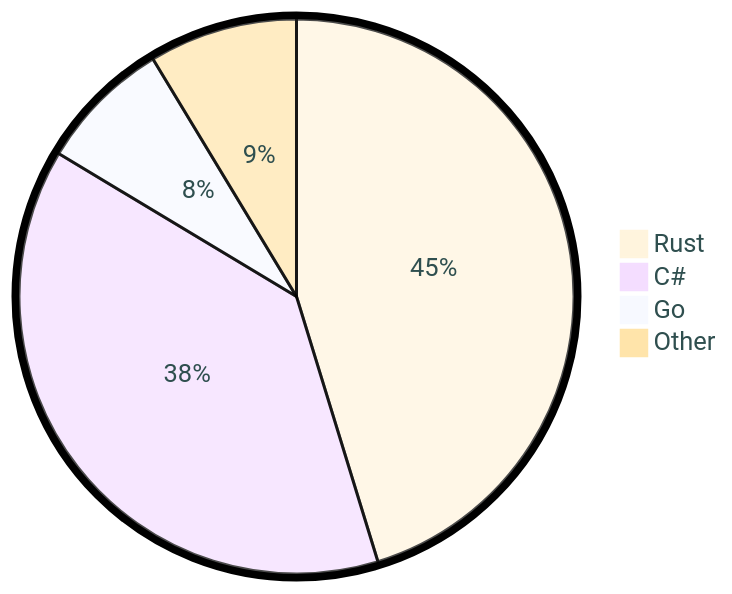
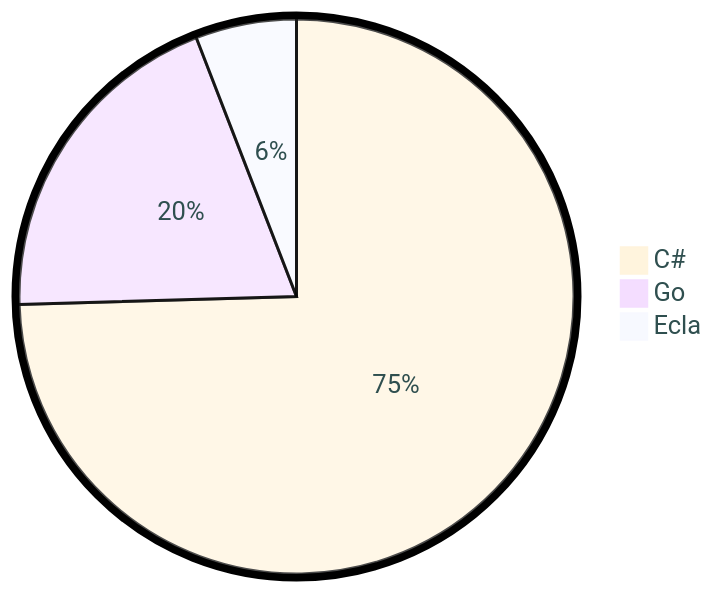
One commit to tot0p/tot0p changed the diagram in README.md. Above: the diagram before and after it, drawn with Mermaid. The commit also changed other lines of this file, not shown here.

````diff
--- a/README.md
+++ b/README.md
@@ -79,8 +69,7 @@
 ```mermaid
 %%{init: {"pie": {"textPosition": 0.5}, "themeVariables": {"pieOuterStrokeWidth": "5px","primaryTextColor" : "#2F4F4F"},"theme":"base"} }%%
 pie
-	"Rust": 45.25
-	"C#": 38.35
-	"Go": 7.73
-	"Other": 8.65
+	"C#": 74.54
+	"Go": 19.58
+	"Ecla": 5.88
 ```
````
